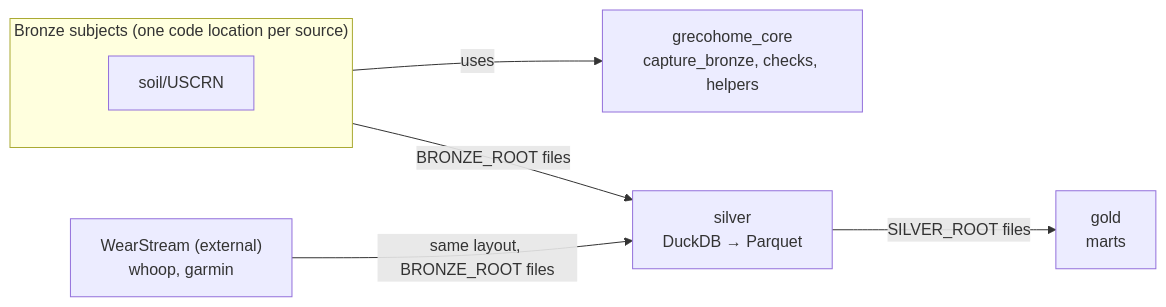
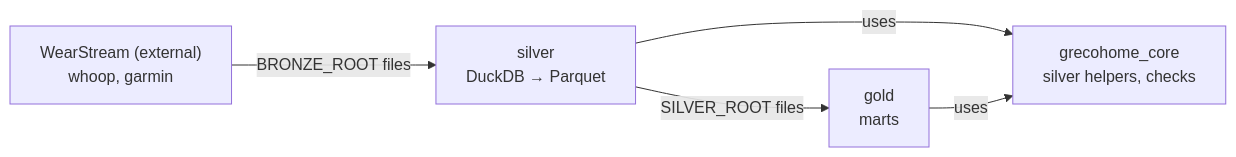
One commit to tgrecojr/grecohome-dagster changed the diagram in docs/high-level-design.md. Above: the diagram before and after it, drawn with Mermaid. The commit also changed other lines of this file and 115 other files, not shown here.

First line of the commit message:
feat: retire soil/USCRN, the weather tables and the dead core bronze code (#252)

````diff
--- a/docs/high-level-design.md
+++ b/docs/high-level-design.md
@@ -63,12 +65,9 @@
 ```mermaid
 flowchart LR
-  subgraph Bronze["Bronze subjects (one code location per source)"]
-    S[soil/USCRN]
-  end
   WS["WearStream (external)<br/>whoop, garmin"]
-  Core[grecohome_core<br/>capture_bronze, checks, helpers]
-  Bronze -- uses --> Core
-  Bronze -- BRONZE_ROOT files --> Silver[silver<br/>DuckDB → Parquet]
-  WS -- same layout, BRONZE_ROOT files --> Silver
+  WS -- BRONZE_ROOT files --> Silver[silver<br/>DuckDB → Parquet]
   Silver -- SILVER_ROOT files --> Gold[gold<br/>marts]
+  Core[grecohome_core<br/>silver helpers, checks]
+  Silver -- uses --> Core
+  Gold -- uses --> Core
 ```
````
